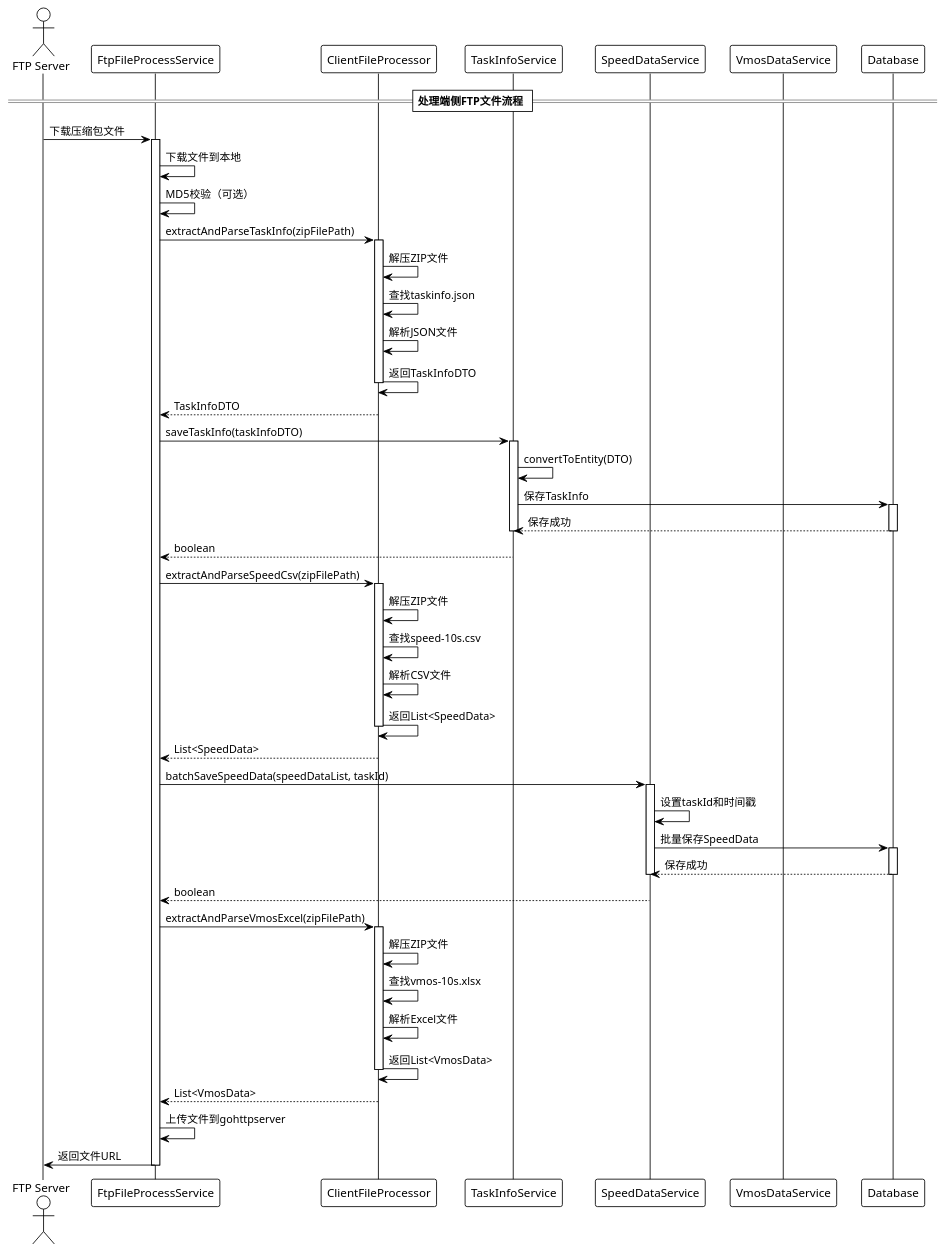
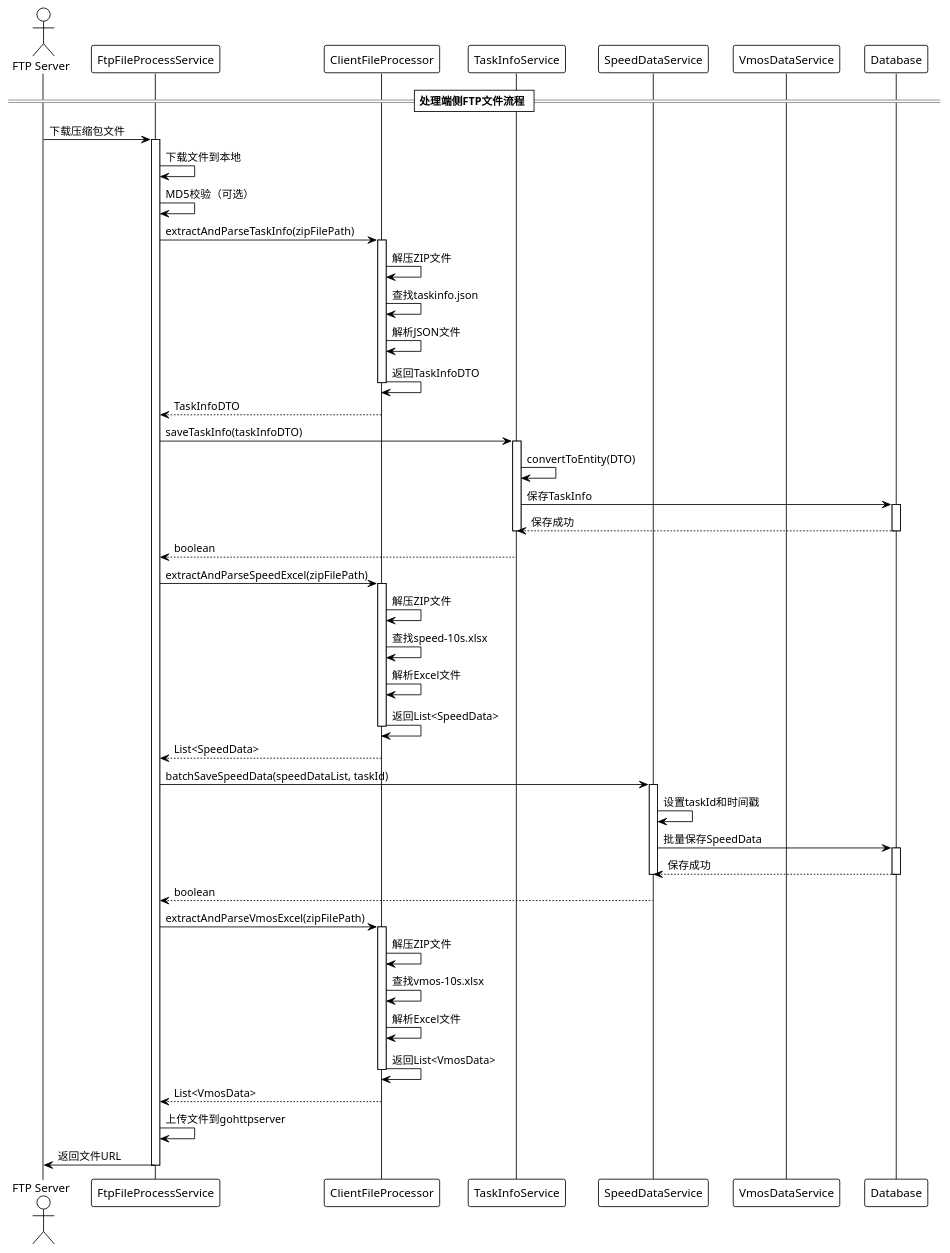
The diagram in docs/uml_sequence_diagram.puml (GuiHongli/DataCollectService), drawn with PlantUML before and after one commit. The commit also changed other lines of this file and 41 other files, not shown here.

```diff
--- a/docs/uml_sequence_diagram.puml
+++ b/docs/uml_sequence_diagram.puml
@@ -1,71 +1,71 @@
 @startuml
 !theme plain
 
 actor "FTP Server" as FTP
 participant "FtpFileProcessService" as FPS
 participant "ClientFileProcessor" as CFP
 participant "TaskInfoService" as TIS
 participant "SpeedDataService" as SDS
 participant "VmosDataService" as VDS
 participant "Database" as DB
 
 == 处理端侧FTP文件流程 ==
 
 FTP -> FPS: 下载压缩包文件
 activate FPS
 
 FPS -> FPS: 下载文件到本地
 FPS -> FPS: MD5校验（可选）
 
 FPS -> CFP: extractAndParseTaskInfo(zipFilePath)
 activate CFP
 CFP -> CFP: 解压ZIP文件
 CFP -> CFP: 查找taskinfo.json
 CFP -> CFP: 解析JSON文件
 CFP -> CFP: 返回TaskInfoDTO
 deactivate CFP
 FPS <-- CFP: TaskInfoDTO
 
 FPS -> TIS: saveTaskInfo(taskInfoDTO)
 activate TIS
 TIS -> TIS: convertToEntity(DTO)
 TIS -> DB: 保存TaskInfo
 activate DB
 DB --> TIS: 保存成功
 deactivate DB
 deactivate TIS
 FPS <-- TIS: boolean
 
-FPS -> CFP: extractAndParseSpeedCsv(zipFilePath)
+FPS -> CFP: extractAndParseSpeedExcel(zipFilePath)
 activate CFP
 CFP -> CFP: 解压ZIP文件
-CFP -> CFP: 查找speed-10s.csv
-CFP -> CFP: 解析CSV文件
+CFP -> CFP: 查找speed-10s.xlsx
+CFP -> CFP: 解析Excel文件
 CFP -> CFP: 返回List<SpeedData>
 deactivate CFP
 FPS <-- CFP: List<SpeedData>
 
 FPS -> SDS: batchSaveSpeedData(speedDataList, taskId)
 activate SDS
 SDS -> SDS: 设置taskId和时间戳
 SDS -> DB: 批量保存SpeedData
 activate DB
 DB --> SDS: 保存成功
 deactivate DB
 deactivate SDS
 FPS <-- SDS: boolean
 
 FPS -> CFP: extractAndParseVmosExcel(zipFilePath)
 activate CFP
 CFP -> CFP: 解压ZIP文件
 CFP -> CFP: 查找vmos-10s.xlsx
 CFP -> CFP: 解析Excel文件
 CFP -> CFP: 返回List<VmosData>
 deactivate CFP
 FPS <-- CFP: List<VmosData>
 
 FPS -> FPS: 上传文件到gohttpserver
 FPS -> FTP: 返回文件URL
 deactivate FPS
 
 @enduml
```
